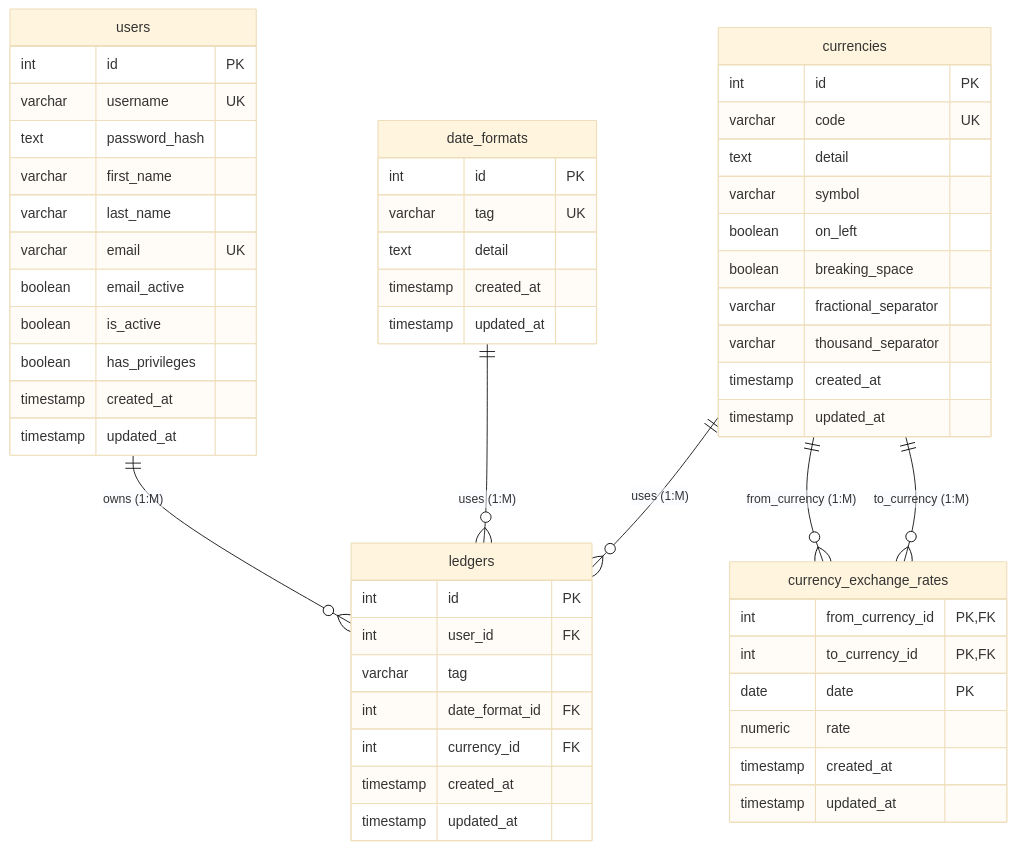
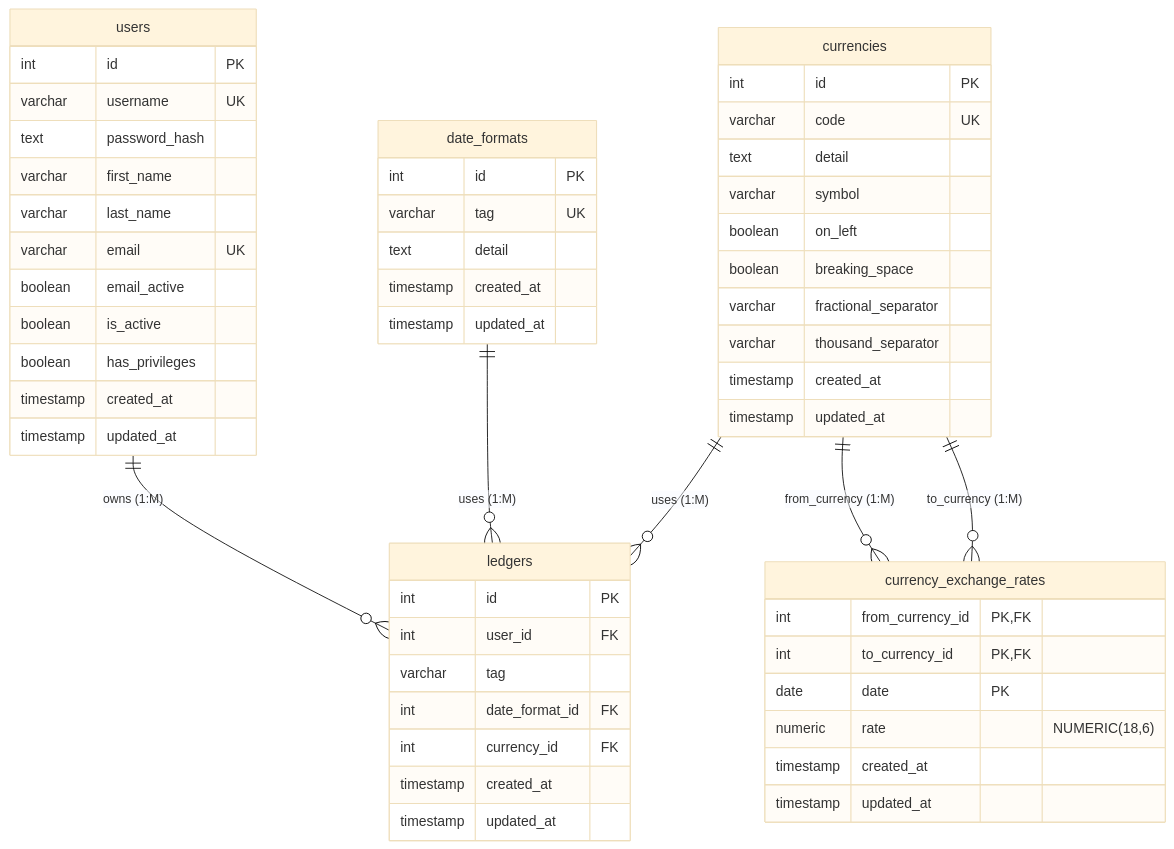
One commit to tiagopaispereira/ledger-to-invest changed the second of 11 diagrams in database/docs/table_relationships.md. Above: the diagram before and after it, drawn with Mermaid (base theme). The commit also changed other lines of this file, not shown here.

````diff
--- a/database/docs/table_relationships.md
+++ b/database/docs/table_relationships.md
@@ -63,62 +63,62 @@
 ```mermaid
 erDiagram
     users {
         int id PK
         varchar username UK
         text password_hash
         varchar first_name
         varchar last_name
         varchar email UK
         boolean email_active
         boolean is_active
         boolean has_privileges
         timestamp created_at
         timestamp updated_at
     }
     
     date_formats {
         int id PK
         varchar tag UK
         text detail
         timestamp created_at
         timestamp updated_at
     }
 
     currencies {
         int id PK
         varchar code UK
         text detail
         varchar symbol
         boolean on_left
         boolean breaking_space
         varchar fractional_separator
         varchar thousand_separator
         timestamp created_at
         timestamp updated_at
     }
 
     ledgers {
         int id PK
         int user_id FK
         varchar tag
         int date_format_id FK
         int currency_id FK
         timestamp created_at
         timestamp updated_at
     }
     
     currency_exchange_rates {
         int from_currency_id PK, FK
         int to_currency_id PK, FK
         date date PK
-        numeric rate
+        numeric rate "NUMERIC(18,6)"
         timestamp created_at
         timestamp updated_at
     }
     
     users ||--o{ ledgers : "owns (1:M)"
     date_formats ||--o{ ledgers : "uses (1:M)"
     currencies ||--o{ ledgers : "uses (1:M)"
     currencies ||--o{ currency_exchange_rates : "from_currency (1:M)"
     currencies ||--o{ currency_exchange_rates : "to_currency (1:M)"
 ```
````
